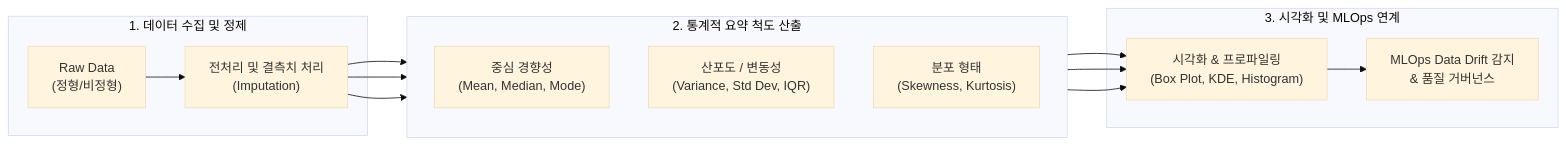
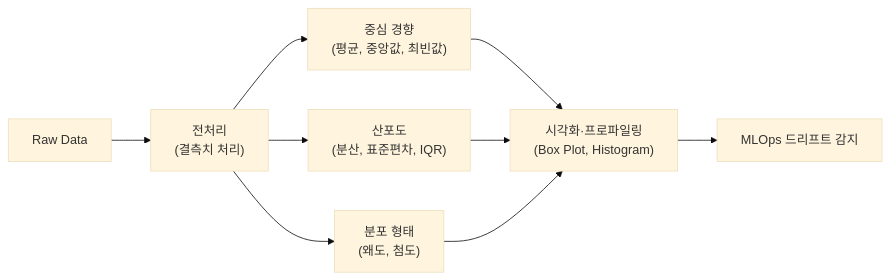
One commit to supremethumb/supremethumb.github.io changed the diagram in content/01_IT Tech/기술 통계.md. Above: the diagram before and after it, drawn with Mermaid (base theme). The commit also changed other lines of this file and 1087 other files, not shown here.

````diff
--- a/content/01_IT Tech/기술 통계.md
+++ b/content/01_IT Tech/기술 통계.md
@@ -27,21 +35,9 @@
 ```mermaid
 flowchart LR
-    subgraph INGEST["1. 데이터 수집 및 정제"]
-        RAW["Raw Data<br/>(정형/비정형)"] --> PRE["전처리 및 결측치 처리<br/>(Imputation)"]
-    end
-
-    subgraph METRICS["2. 통계적 요약 척도 산출"]
-        direction TB
-        PRE --> CT["중심 경향성<br/>(Mean, Median, Mode)"]
-        PRE --> DISP["산포도 / 변동성<br/>(Variance, Std Dev, IQR)"]
-        PRE --> SHAPE["분포 형태<br/>(Skewness, Kurtosis)"]
-    end
-
-    subgraph APPLY["3. 시각화 및 MLOps 연계"]
-        CT --> EDA["시각화 & 프로파일링<br/>(Box Plot, KDE, Histogram)"]
-        DISP --> EDA
-        SHAPE --> EDA
-        EDA --> DRIFT["MLOps Data Drift 감지<br/>& 품질 거버넌스"]
-    end
-
+    RAW["Raw Data"] --> PRE["전처리<br/>(결측치 처리)"]
+    PRE --> CT["중심 경향<br/>(평균, 중앙값, 최빈값)"]
+    PRE --> DISP["산포도<br/>(분산, 표준편차, IQR)"]
+    PRE --> SHAPE["분포 형태<br/>(왜도, 첨도)"]
+    CT & DISP & SHAPE --> VIS["시각화·프로파일링<br/>(Box Plot, Histogram)"]
+    VIS --> DRIFT["MLOps 드리프트 감지"]
 ```
````
